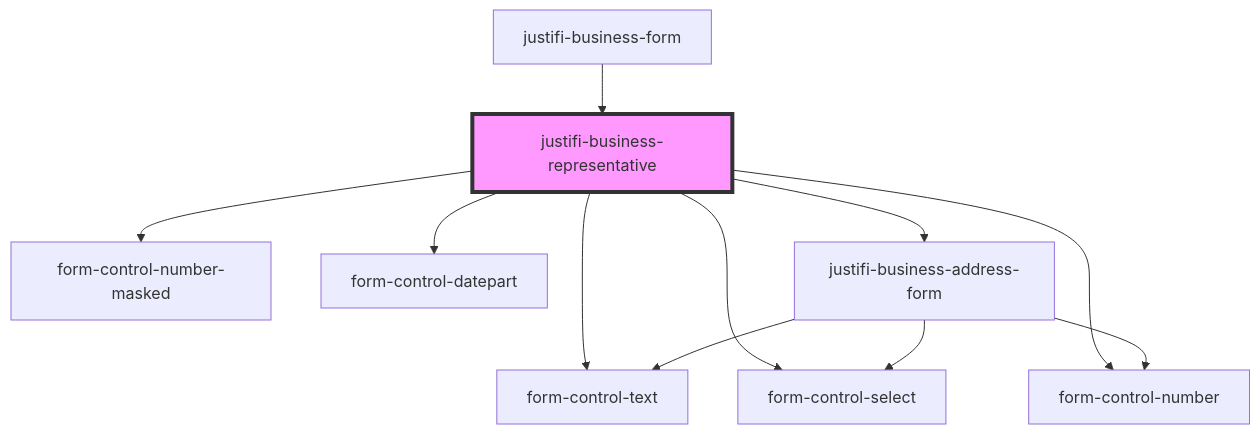
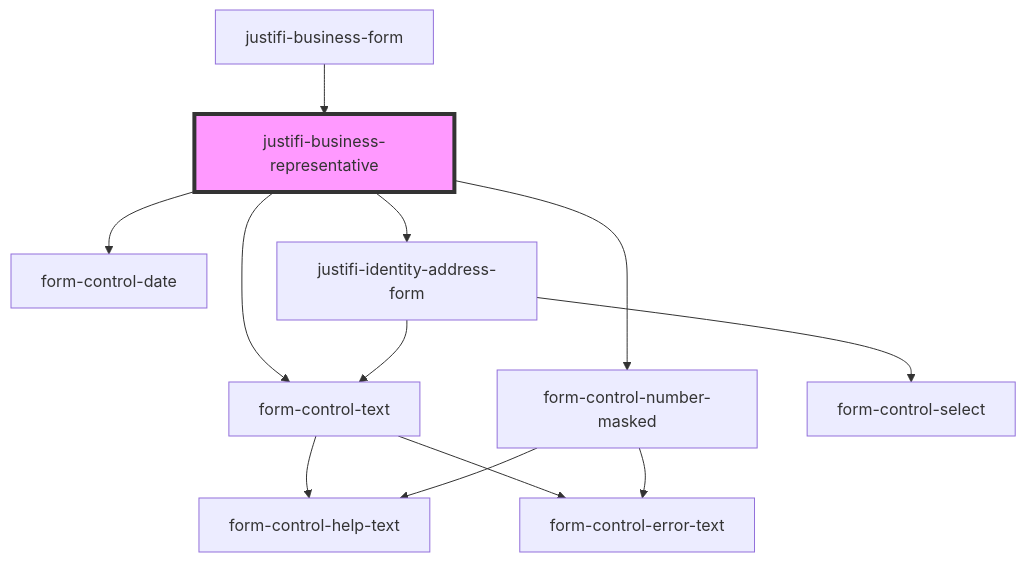
The diagram in packages/webcomponents/src/components/business-forms/business-form/business-representative/README.md (justifi-tech/web-component-library), drawn with Mermaid before and after one commit. The commit also changed other lines of this file and 32 other files, not shown here.

````diff
--- a/packages/webcomponents/src/components/business-forms/business-form/business-representative/README.md
+++ b/packages/webcomponents/src/components/business-forms/business-form/business-representative/README.md
@@ -38,14 +29,15 @@
 ```mermaid
 graph TD;
   justifi-business-representative --> form-control-text
-  justifi-business-representative --> form-control-select
   justifi-business-representative --> form-control-number-masked
-  justifi-business-representative --> form-control-datepart
-  justifi-business-representative --> form-control-number
-  justifi-business-representative --> justifi-business-address-form
-  justifi-business-address-form --> form-control-text
-  justifi-business-address-form --> form-control-select
-  justifi-business-address-form --> form-control-number
+  justifi-business-representative --> form-control-date
+  justifi-business-representative --> justifi-identity-address-form
+  form-control-text --> form-control-help-text
+  form-control-text --> form-control-error-text
+  form-control-number-masked --> form-control-help-text
+  form-control-number-masked --> form-control-error-text
+  justifi-identity-address-form --> form-control-text
+  justifi-identity-address-form --> form-control-select
   justifi-business-form --> justifi-business-representative
   style justifi-business-representative fill:#f9f,stroke:#333,stroke-width:4px
 ```
````
